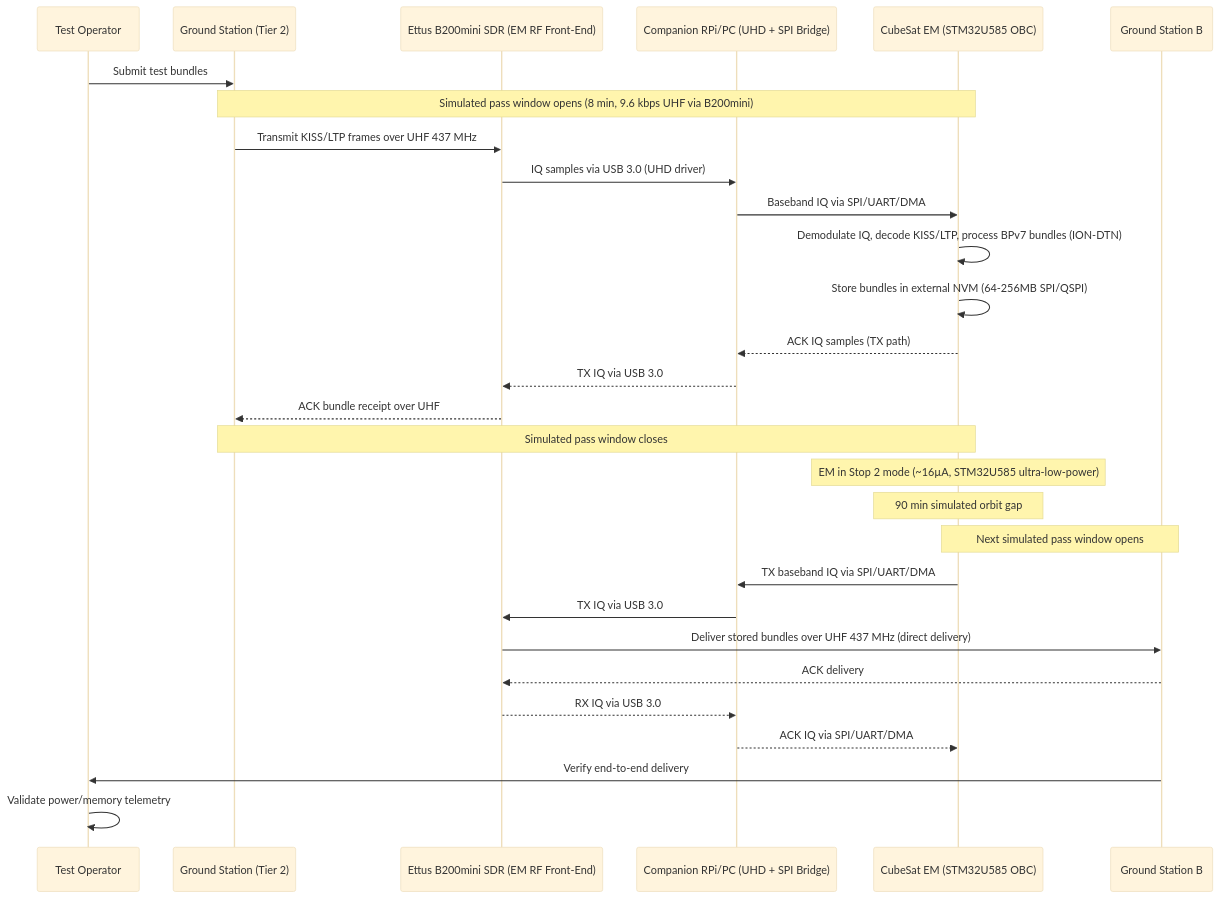
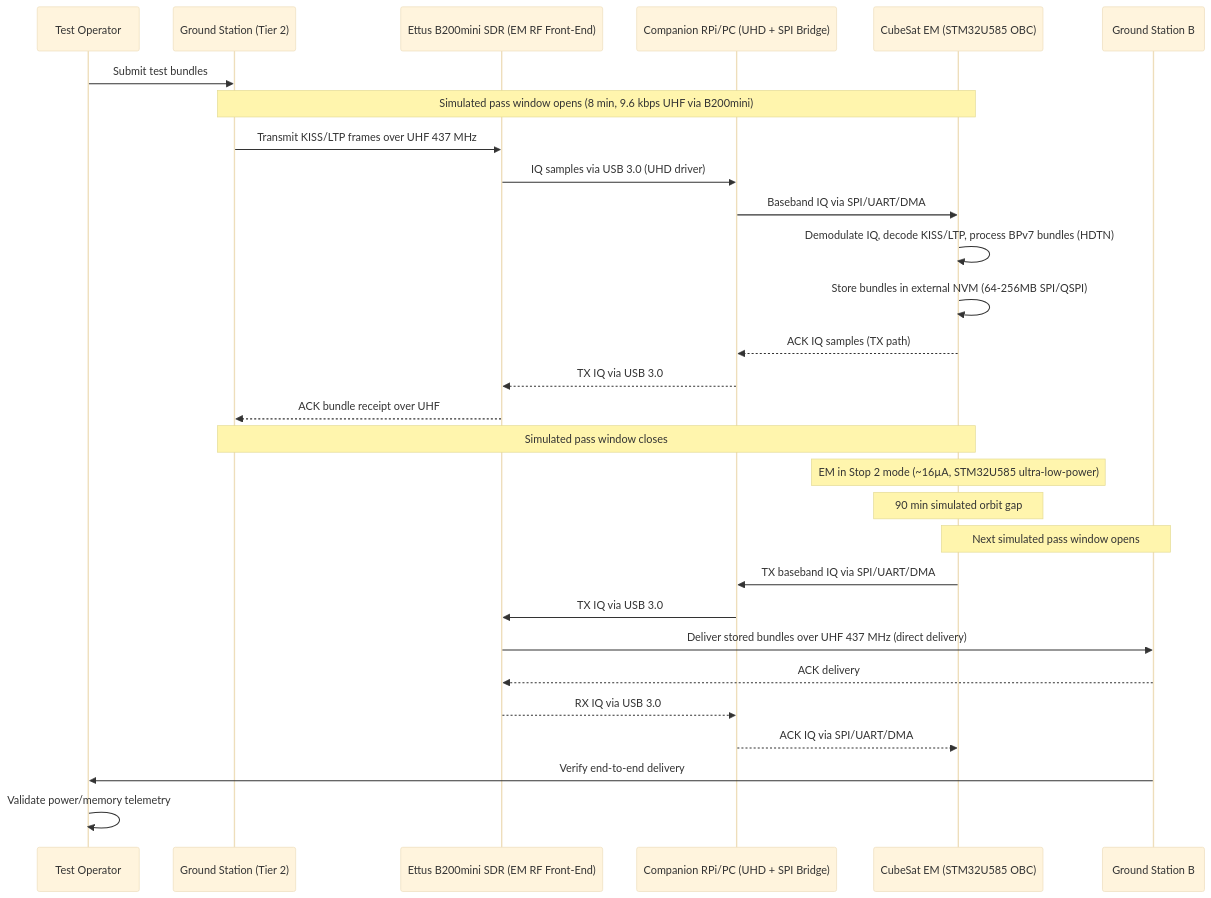
One commit to g4dpz/cislunar_proposal changed the fifth of 5 diagrams in docs/cislunar-amateur-dtn-payload/design.md. Above: the diagram before and after it, drawn with Mermaid (base theme). The commit also changed other lines of this file and 18 other files, not shown here.

Commit message:
Migrate from ION-DTN to HDTN across all specs and website

````diff
--- a/docs/cislunar-amateur-dtn-payload/design.md
+++ b/docs/cislunar-amateur-dtn-payload/design.md
@@ -136,34 +136,34 @@
 ```mermaid
 sequenceDiagram
     participant Test as Test Operator
     participant GS as Ground Station (Tier 2)
     participant B200 as Ettus B200mini SDR (EM RF Front-End)
     participant Bridge as Companion RPi/PC (UHD + SPI Bridge)
     participant EM as CubeSat EM (STM32U585 OBC)
     participant GS2 as Ground Station B
 
     Test->>GS: Submit test bundles
     Note over GS,EM: Simulated pass window opens (8 min, 9.6 kbps UHF via B200mini)
     GS->>B200: Transmit KISS/LTP frames over UHF 437 MHz
     B200->>Bridge: IQ samples via USB 3.0 (UHD driver)
     Bridge->>EM: Baseband IQ via SPI/UART/DMA
-    EM->>EM: Demodulate IQ, decode KISS/LTP, process BPv7 bundles (ION-DTN)
+    EM->>EM: Demodulate IQ, decode KISS/LTP, process BPv7 bundles (HDTN)
     EM->>EM: Store bundles in external NVM (64-256MB SPI/QSPI)
     EM-->>Bridge: ACK IQ samples (TX path)
     Bridge-->>B200: TX IQ via USB 3.0
     B200-->>GS: ACK bundle receipt over UHF
     Note over GS,EM: Simulated pass window closes
 
     Note over EM: EM in Stop 2 mode (~16µA, STM32U585 ultra-low-power)
     Note over EM: 90 min simulated orbit gap
 
     Note over EM,GS2: Next simulated pass window opens
     EM->>Bridge: TX baseband IQ via SPI/UART/DMA
     Bridge->>B200: TX IQ via USB 3.0
     B200->>GS2: Deliver stored bundles over UHF 437 MHz (direct delivery)
     GS2-->>B200: ACK delivery
     B200-->>Bridge: RX IQ via USB 3.0
     Bridge-->>EM: ACK IQ via SPI/UART/DMA
     GS2->>Test: Verify end-to-end delivery
     Test->>Test: Validate power/memory telemetry
 ```
````
